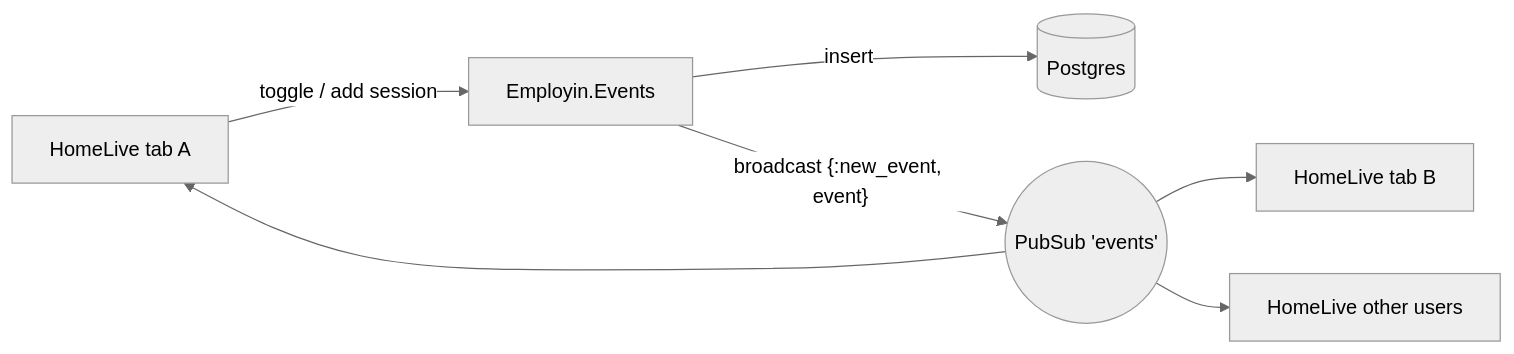
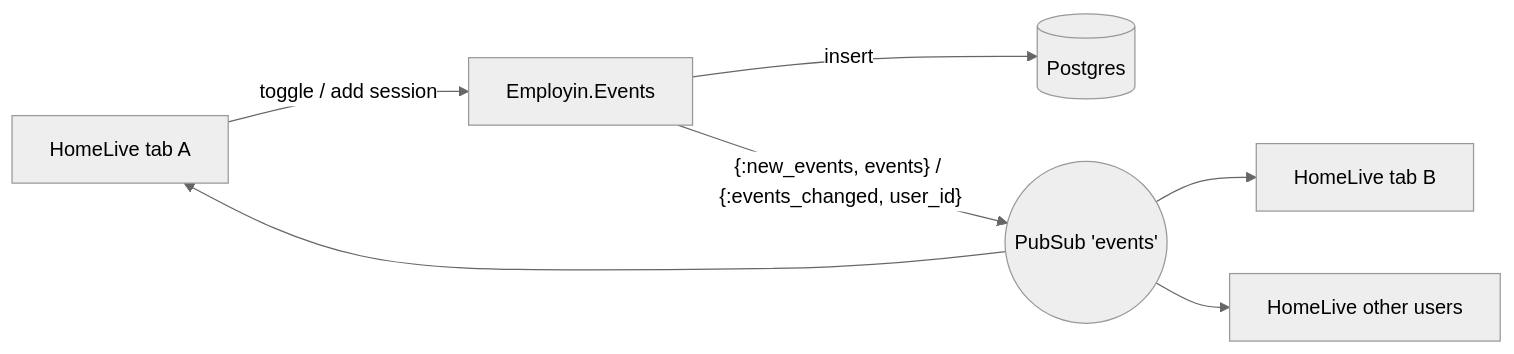
One commit to a-ovi/employin changed the second of 2 diagrams in docs/ARCHITECTURE.md. Above: the diagram before and after it, drawn with Mermaid (neutral theme). The commit also changed other lines of this file and 5 other files, not shown here.

````diff
--- a/docs/ARCHITECTURE.md
+++ b/docs/ARCHITECTURE.md
@@ -132,9 +173,9 @@
 ```mermaid
 flowchart LR
     A[HomeLive tab A] -- toggle / add session --> E[Employin.Events]
     E -- insert --> DB[(Postgres)]
-    E -- "broadcast {:new_event, event}" --> P((PubSub 'events'))
+    E -- "{:new_events, events} / {:events_changed, user_id}" --> P((PubSub 'events'))
     P --> A
     P --> B[HomeLive tab B]
     P --> C[HomeLive other users]
 ```
````
